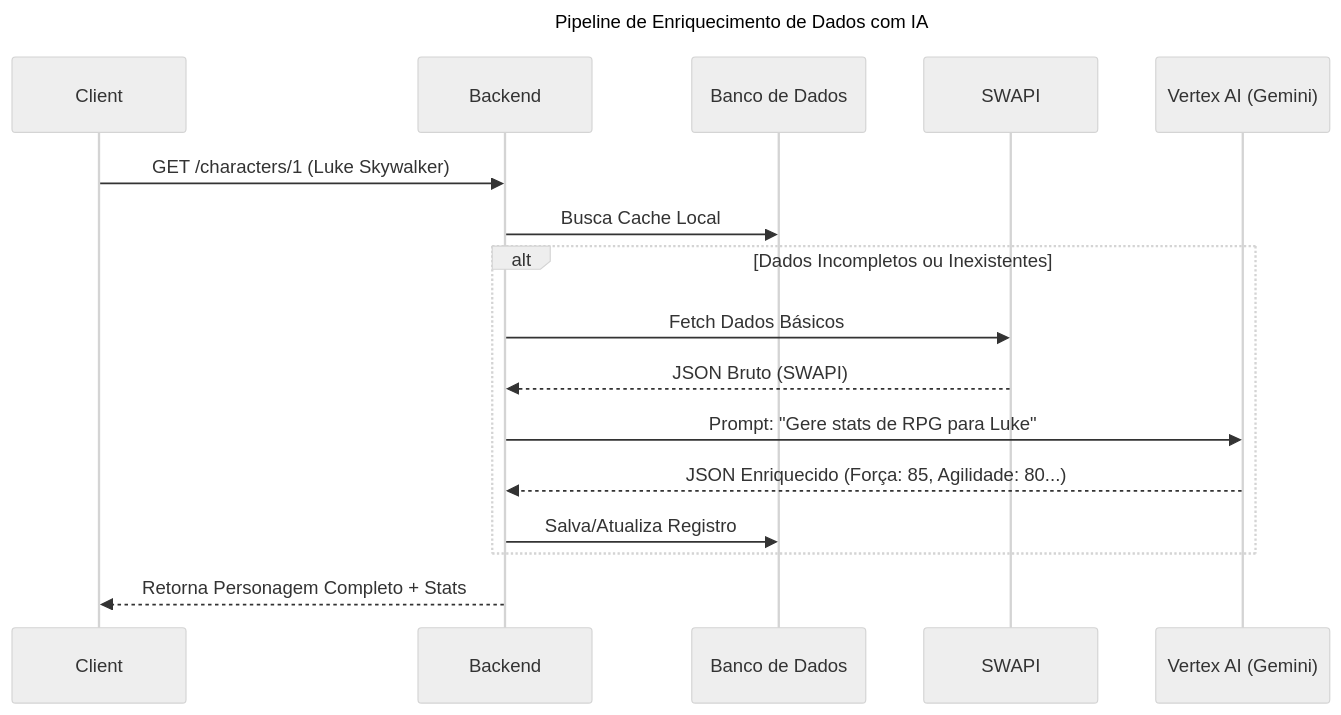
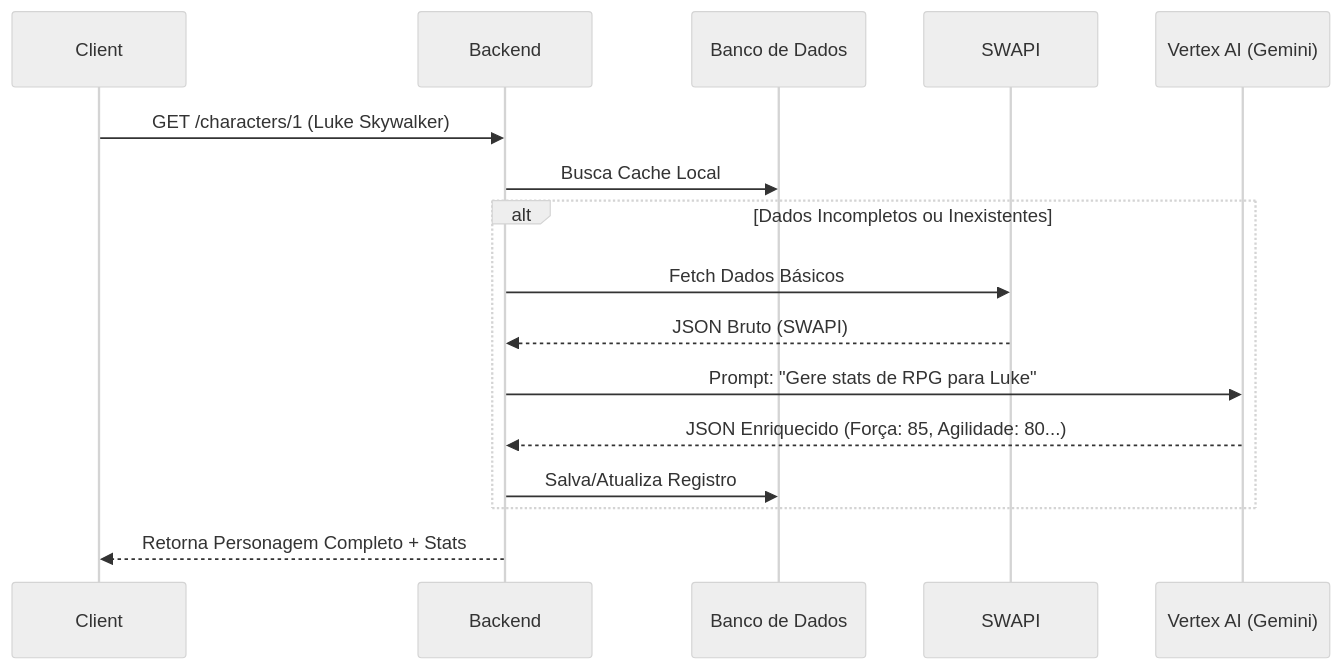
One commit to wmakeouthill/certificados-wesley changed the second of 7 diagrams in portfolio-content/projects/Star-Wars-App.md. Above: the diagram before and after it, drawn with Mermaid (neutral theme). The commit also changed other lines of this file and 3 other files, not shown here.

````diff
--- a/portfolio-content/projects/Star-Wars-App.md
+++ b/portfolio-content/projects/Star-Wars-App.md
@@ -202,24 +200,22 @@
 ```mermaid
----
-title: Pipeline de Enriquecimento de Dados com IA
----
+%%{title: "Pipeline de Enriquecimento de Dados com IA"}%%
 sequenceDiagram
     participant C as Client
     participant B as Backend
     participant DB as Banco de Dados
     participant SW as SWAPI
     participant AI as Vertex AI (Gemini)
 
     C->>B: GET /characters/1 (Luke Skywalker)
     B->>DB: Busca Cache Local
     
     alt Dados Incompletos ou Inexistentes
         B->>SW: Fetch Dados Básicos
         SW-->>B: JSON Bruto (SWAPI)
         B->>AI: Prompt: "Gere stats de RPG para Luke"
         AI-->>B: JSON Enriquecido (Força: 85, Agilidade: 80...)
         B->>DB: Salva/Atualiza Registro
     end
     
     B-->>C: Retorna Personagem Completo + Stats
 ```
````
